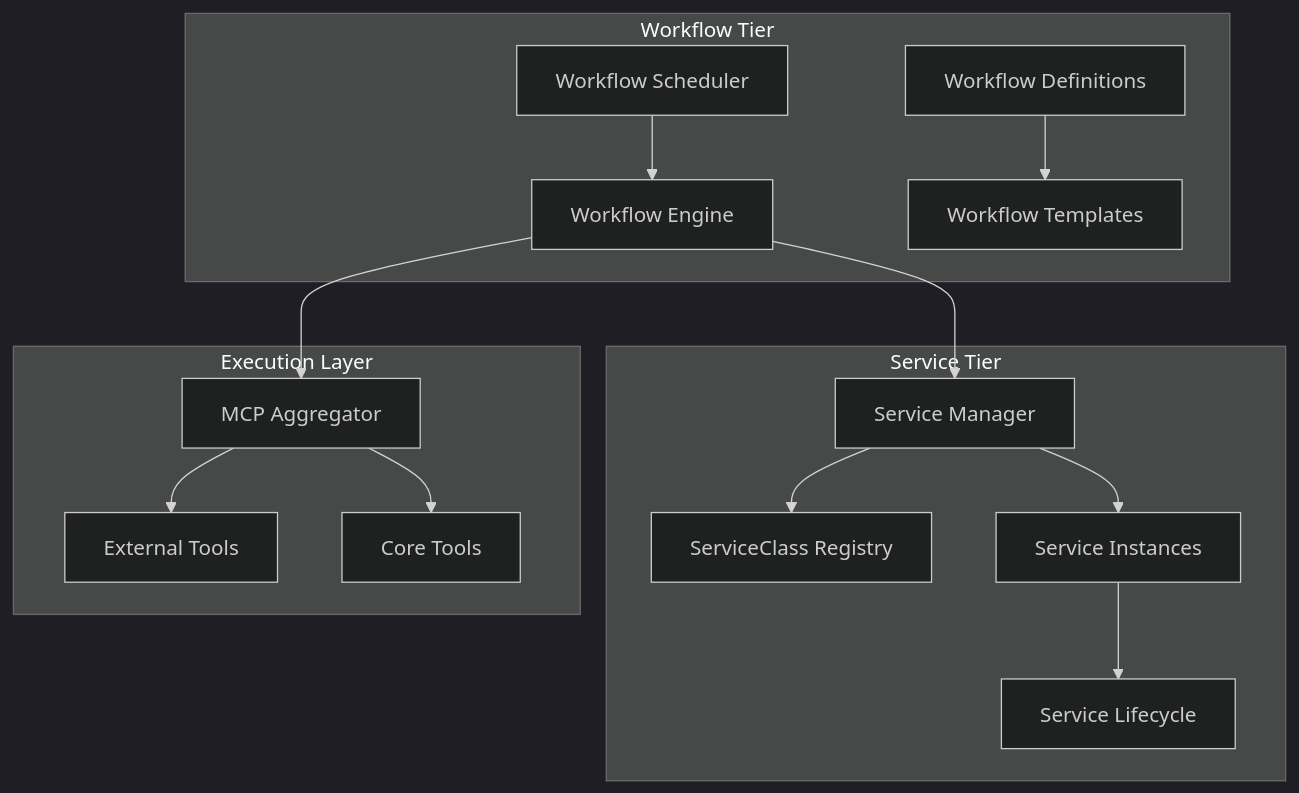
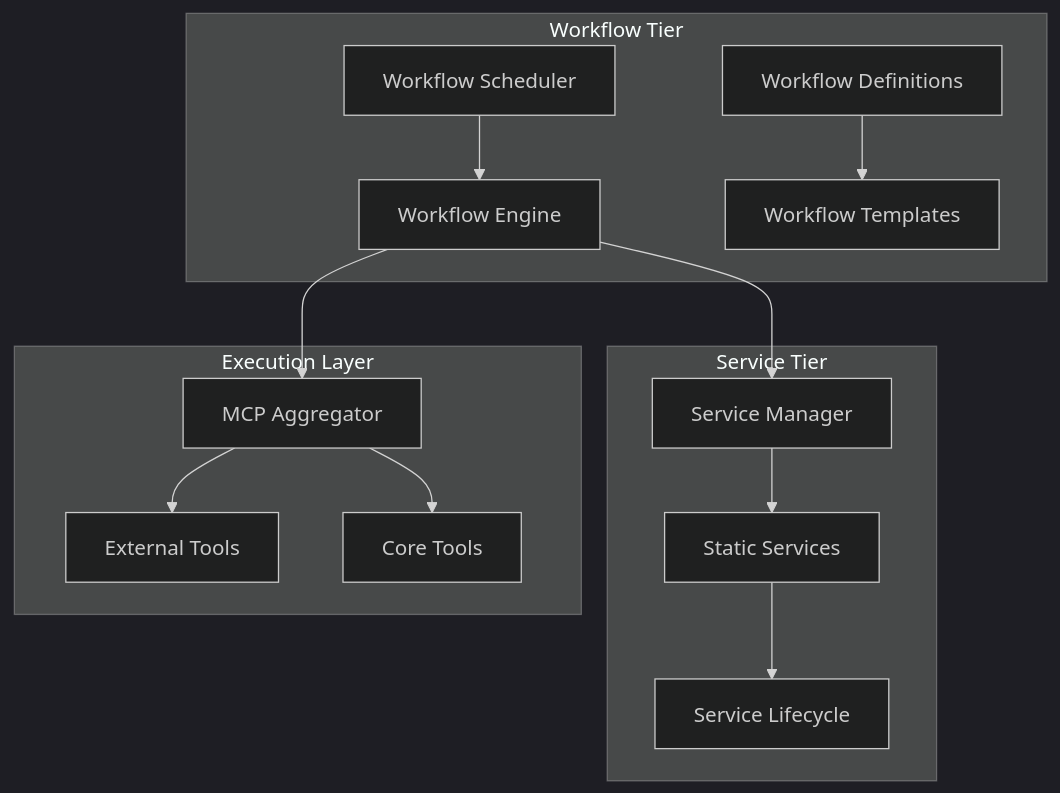
Before and after one commit to giantswarm/muster: the diagram in docs/explanation/orchestration.md, drawn with Mermaid (dark theme). The commit also changed other lines of this file and 14 other files, not shown here.

````diff
--- a/docs/explanation/orchestration.md
+++ b/docs/explanation/orchestration.md
@@ -15,34 +15,32 @@
 ```mermaid
 graph TB
     subgraph "Workflow Tier"
         WE[Workflow Engine]
         WD[Workflow Definitions]
         WT[Workflow Templates]
         WS[Workflow Scheduler]
     end
 
     subgraph "Service Tier"
         SM[Service Manager]
-        SC[ServiceClass Registry]
-        SI[Service Instances]
+        SI[Static Services]
         SL[Service Lifecycle]
     end
 
     subgraph "Execution Layer"
         MCPAgg[MCP Aggregator]
         ExtTools[External Tools]
         CoreTools[Core Tools]
     end
 
     WE --> SM
     WE --> MCPAgg
     SM --> SI
-    SM --> SC
     WS --> WE
     WD --> WT
 
     MCPAgg --> ExtTools
     MCPAgg --> CoreTools
 
     SI --> SL
 ```
````
